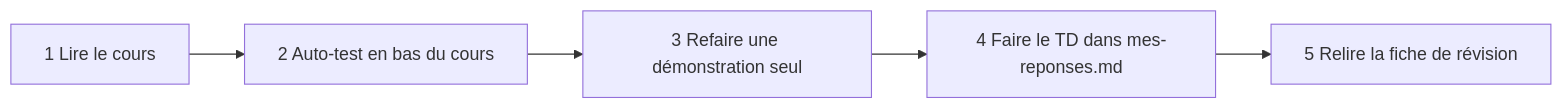
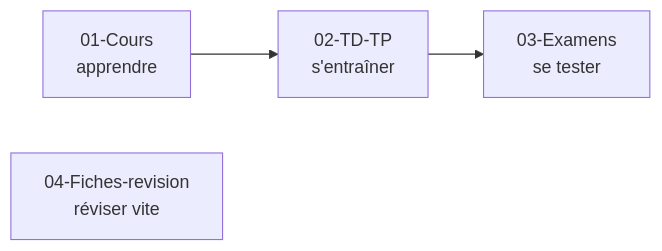
One commit to oumar5/ALGO-DM changed the first of 2 diagrams in 00-Commencer-ici.md. Above: the diagram before and after it, drawn with Mermaid. The commit also changed other lines of this file and 36 other files, not shown here.

````diff
--- a/00-Commencer-ici.md
+++ b/00-Commencer-ici.md
@@ -40,7 +13,5 @@
 ```mermaid
 flowchart LR
-    A["1 Lire le cours"] --> B["2 Auto-test en bas du cours"]
-    B --> C["3 Refaire une démonstration seul"]
-    C --> D["4 Faire le TD dans mes-reponses.md"]
-    D --> E["5 Relire la fiche de révision"]
+    A["01-Cours<br/>apprendre"] --> B["02-TD-TP<br/>s'entraîner"] --> C["03-Examens<br/>se tester"]
+    D["04-Fiches-revision<br/>réviser vite"]
 ```
````
